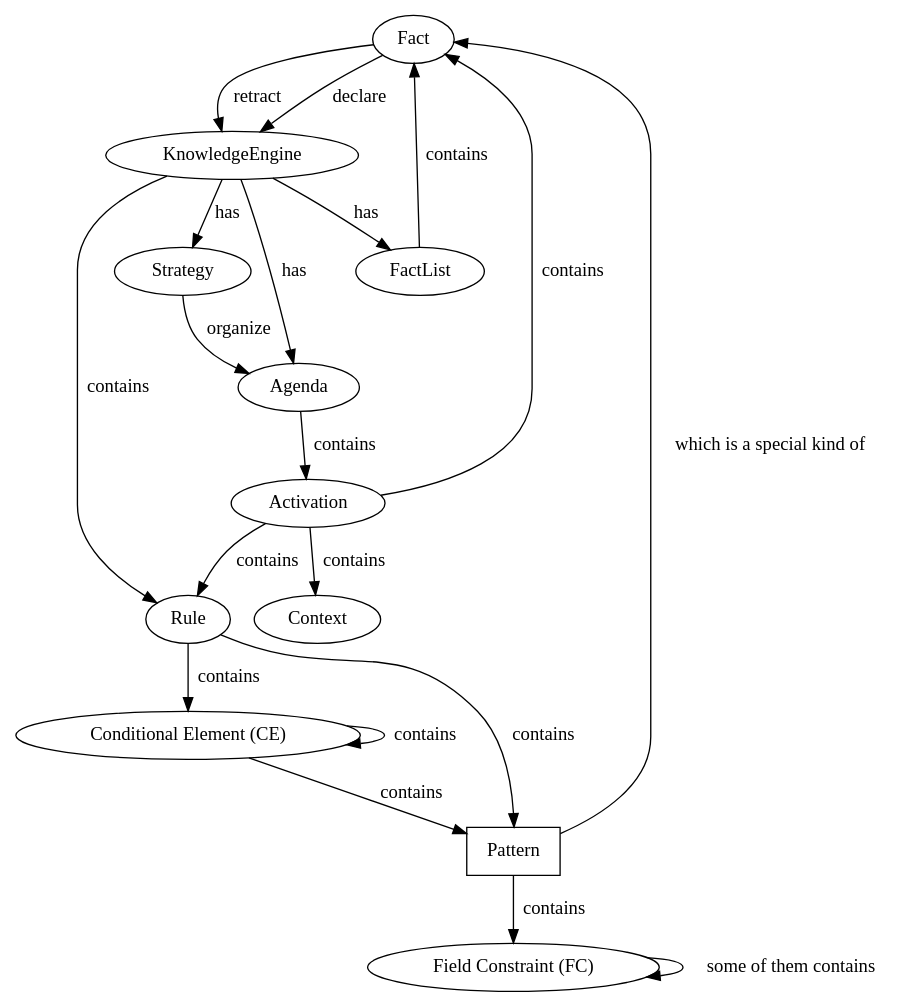
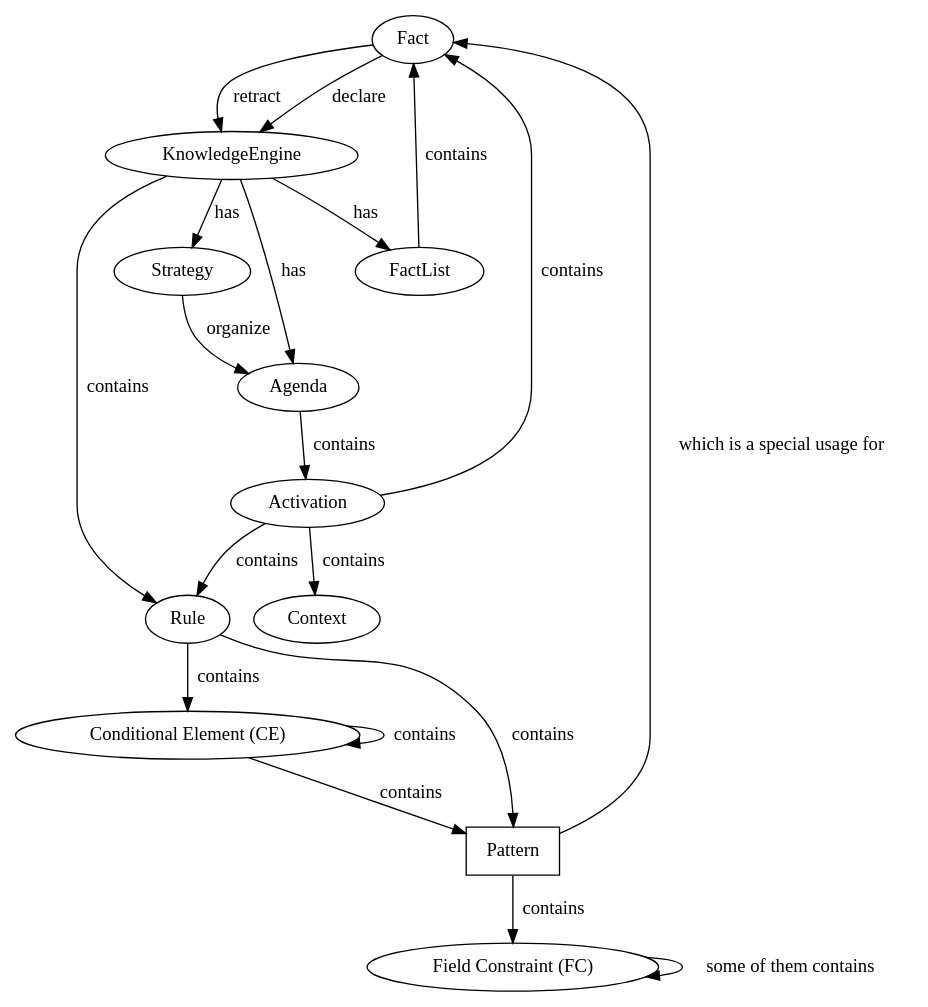
One commit to buguroo/pyknow changed the first of 2 diagrams in docs/source/reference.rst. Above: the diagram before and after it, drawn with Graphviz. The commit also changed 3 other files, not shown here.

```diff
--- a/docs/source/reference.rst
+++ b/docs/source/reference.rst
@@ -7,36 +7,36 @@
 .. graphviz::
 
    digraph relation {
      "Fact";
      "KnowledgeEngine" [label="KnowledgeEngine"];
 
      "CE" [label="Conditional Element (CE)"];
      "Fact" [label="Fact"];
      "FC" [label="Field Constraint (FC)"];
      "Pattern" [label="Pattern", shape="box"];
 
 
      "CE" -> "CE" [label="contains"];
      "CE" -> "Pattern" [label="contains"];
 
      "FC" -> "FC" [label="some of them contains"];
 
      "Pattern" -> "FC" [label="contains"]
      "Rule" -> "CE" [label="contains"];
      "Rule" -> "Pattern" [label="contains"];
 
-     "Pattern" -> "Fact" [label="which is a special kind of"];
+     "Pattern" -> "Fact" [label="which is a special usage for"];
 
      "KnowledgeEngine" -> "Rule" [label="contains"];
      "Fact" -> "KnowledgeEngine" [label="declare"];
      "Fact" -> "KnowledgeEngine" [label="retract"];
      "KnowledgeEngine" -> "Agenda" [label="has"];
      "KnowledgeEngine" -> "FactList" [label="has"];
      "KnowledgeEngine" -> "Strategy" [label="has"];
      "FactList" -> "Fact" [label="contains"];
      "Agenda" -> "Activation" [label="contains"];
      "Activation" -> "Rule" [label="contains"];
      "Activation" -> "Fact" [label="contains"];
      "Activation" -> "Context" [label="contains"];
      "Strategy" -> "Agenda" [label="organize"];
    }
```
